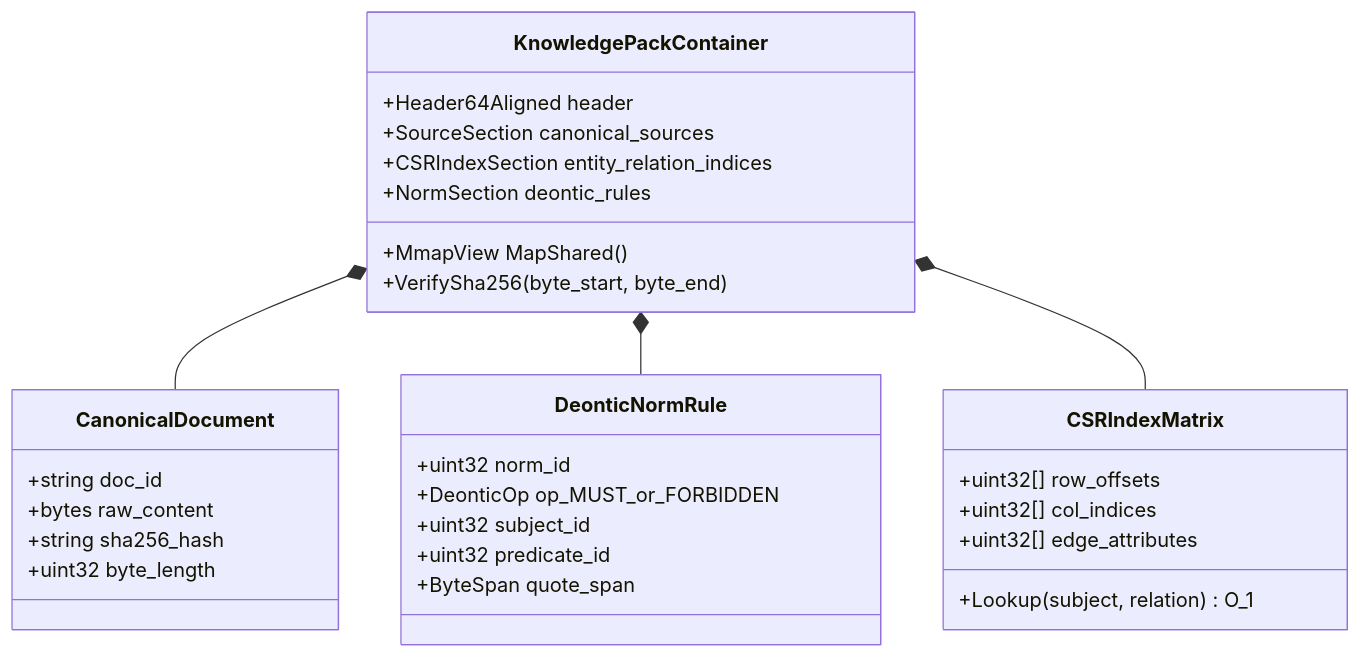
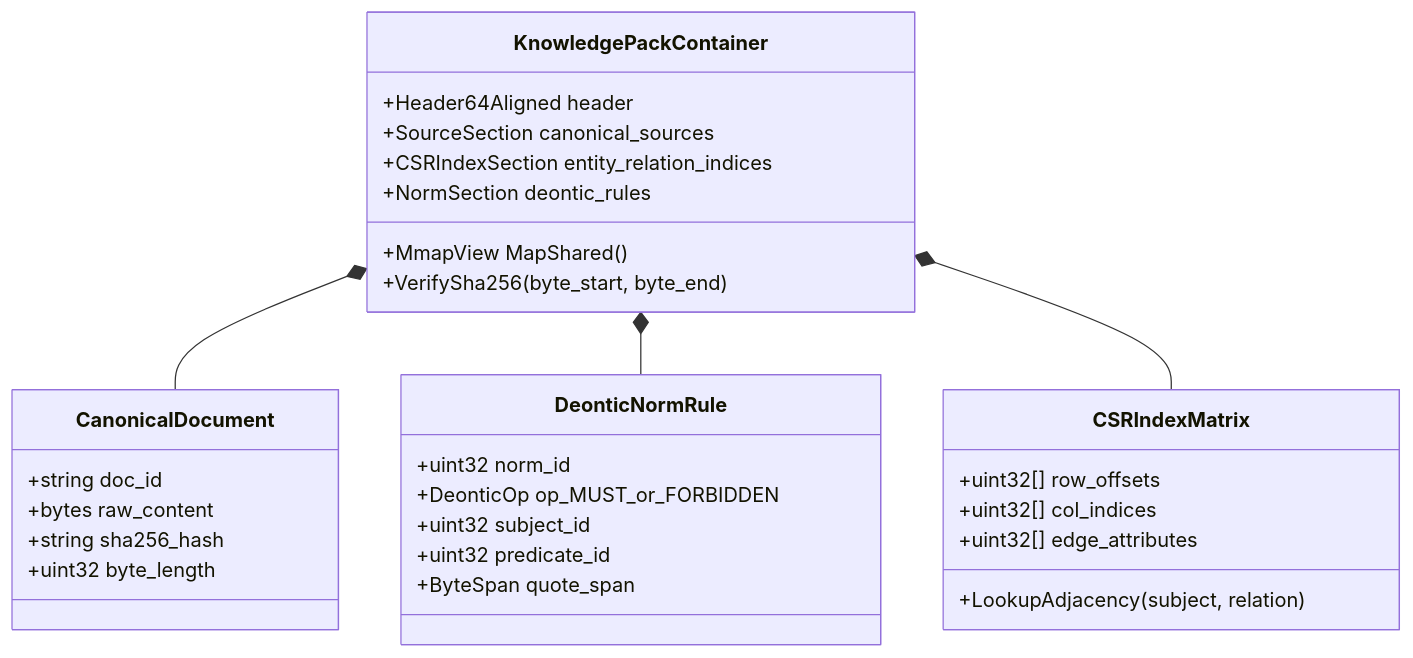
The second of 15 diagrams in ExpertSystem/ch10-knowledge-acquisition-systems.md (nick-fedchik/articles), drawn with Mermaid before and after one commit. The commit also changed other lines of this file and 8 other files, not shown here.

````diff
--- a/ExpertSystem/ch10-knowledge-acquisition-systems.md
+++ b/ExpertSystem/ch10-knowledge-acquisition-systems.md
@@ -171,40 +179,40 @@
 ```mermaid
 classDiagram
     accTitle: Структура контейнера двійкового пакету знань
     accDescr: Діаграма класів KnowledgePackContainer із канонічними джерелами, деонтичними нормами та матрицями CSR.
 
     class KnowledgePackContainer {
         +Header64Aligned header
         +SourceSection canonical_sources
         +CSRIndexSection entity_relation_indices
         +NormSection deontic_rules
         +MmapView MapShared()
         +VerifySha256(byte_start, byte_end)
     }
 
     class CanonicalDocument {
         +string doc_id
         +bytes raw_content
         +string sha256_hash
         +uint32 byte_length
     }
 
     class DeonticNormRule {
         +uint32 norm_id
         +DeonticOp op_MUST_or_FORBIDDEN
         +uint32 subject_id
         +uint32 predicate_id
         +ByteSpan quote_span
     }
 
     class CSRIndexMatrix {
         +uint32[] row_offsets
         +uint32[] col_indices
         +uint32[] edge_attributes
-        +Lookup(subject, relation) O_1
+        +LookupAdjacency(subject, relation)
     }
 
     KnowledgePackContainer *-- CanonicalDocument
     KnowledgePackContainer *-- DeonticNormRule
     KnowledgePackContainer *-- CSRIndexMatrix
 ```
````
